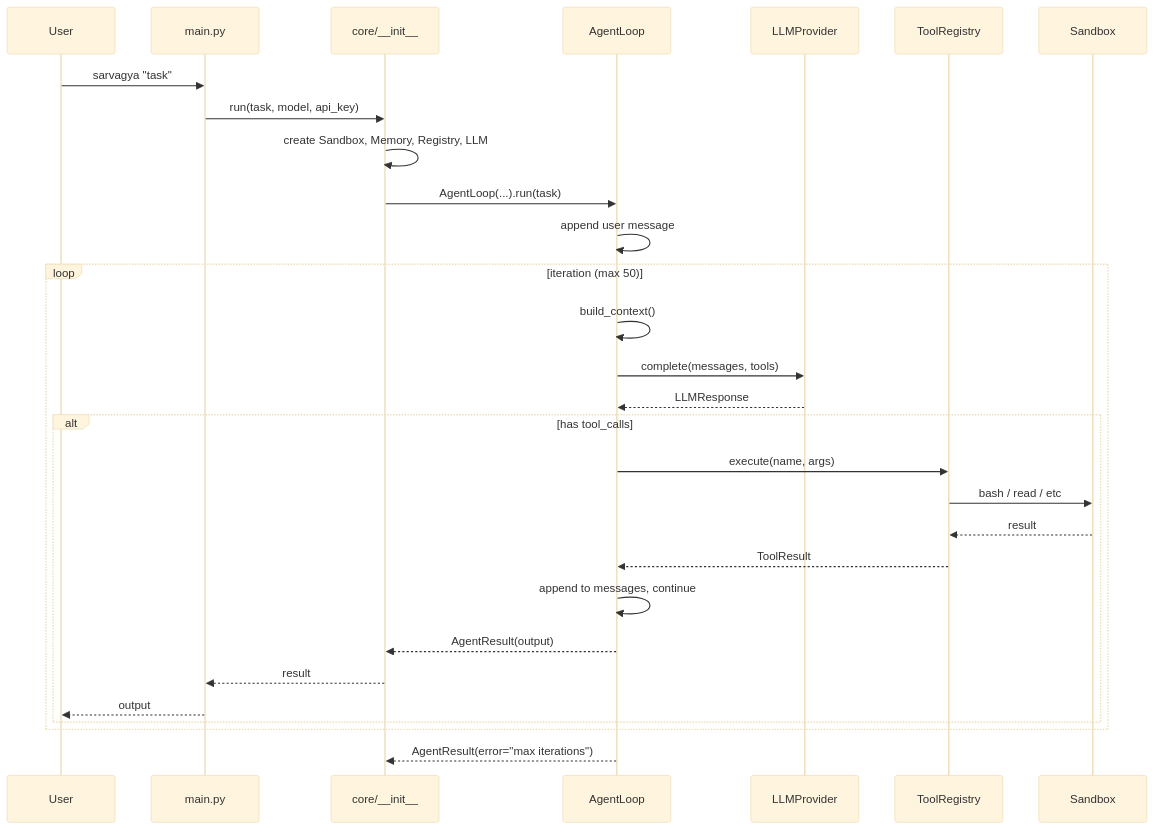
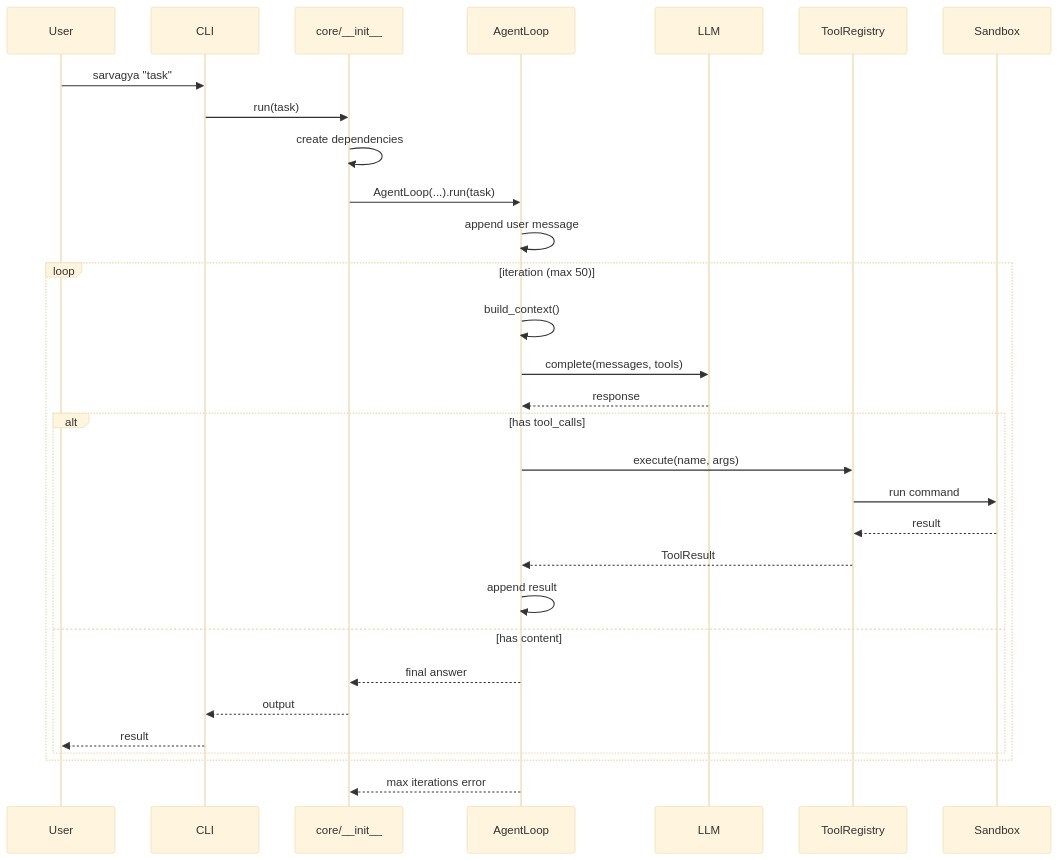
One commit to shivammishrr/Sarvagya changed the third of 4 diagrams in README.md. Above: the diagram before and after it, drawn with Mermaid (base theme). The commit also changed other lines of this file, not shown here.

````diff
--- a/README.md
+++ b/README.md
@@ -181,34 +149,33 @@
 ```mermaid
 sequenceDiagram
     participant User
-    participant CLI as main.py
+    participant CLI
     participant CR as core/__init__
     participant Agent as AgentLoop
-    participant LLM as LLMProvider
+    participant LLM
     participant Tools as ToolRegistry
     participant Sbox as Sandbox
 
     User->>CLI: sarvagya "task"
-    CLI->>CR: run(task, model, api_key)
-    CR->>CR: create Sandbox, Memory, Registry, LLM
+    CLI->>CR: run(task)
+    CR->>CR: create dependencies
     CR->>Agent: AgentLoop(...).run(task)
-
     Agent->>Agent: append user message
     loop iteration (max 50)
         Agent->>Agent: build_context()
         Agent->>LLM: complete(messages, tools)
-        LLM-->>Agent: LLMResponse
-
+        LLM-->>Agent: response
         alt has tool_calls
-        Agent->>Tools: execute(name, args)
-        Tools->>Sbox: bash / read / etc
-        Sbox-->>Tools: result
-        Tools-->>Agent: ToolResult
-        Agent->>Agent: append to messages, continue
-        Agent-->>CR: AgentResult(output)
-            CR-->>CLI: result
-            CLI-->>User: output
+            Agent->>Tools: execute(name, args)
+            Tools->>Sbox: run command
+            Sbox-->>Tools: result
+            Tools-->>Agent: ToolResult
+            Agent->>Agent: append result
+        else has content
+            Agent-->>CR: final answer
+            CR-->>CLI: output
+            CLI-->>User: result
         end
     end
-    Agent-->>CR: AgentResult(error="max iterations")
+    Agent-->>CR: max iterations error
 ```
````
